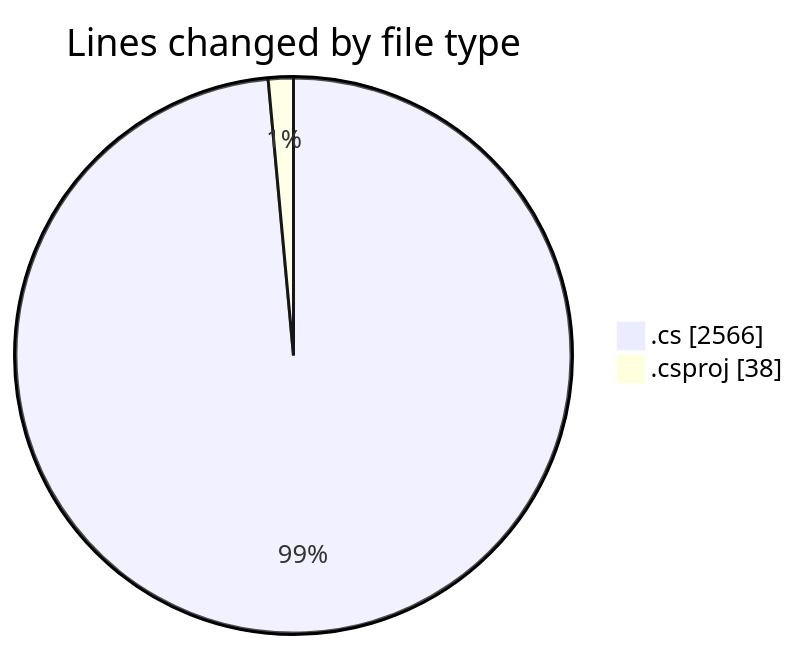
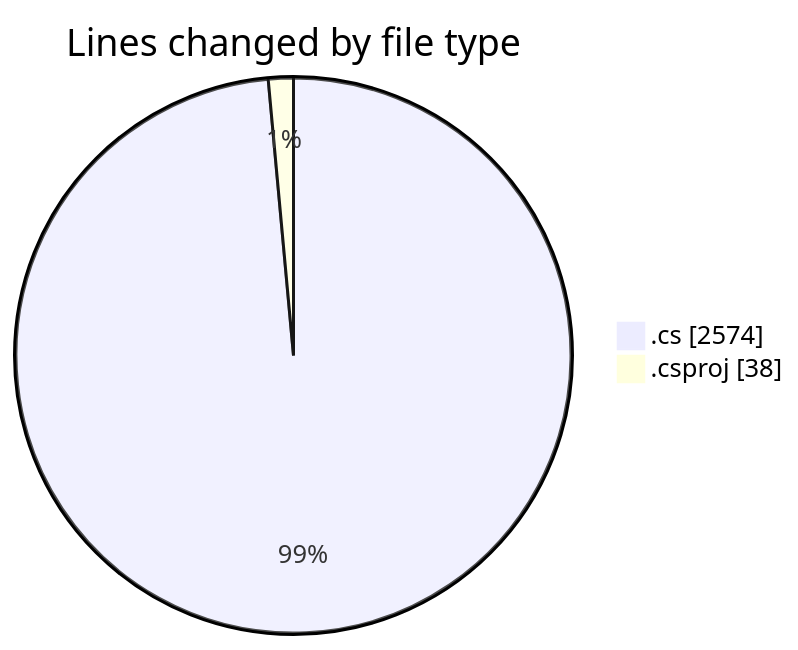
Before and after one commit to Netris89/code-tracking: the first of 2 diagrams in 2025-04-02/back-end/README.md, drawn with Mermaid. The commit also changed other lines of this file and 1 other file, not shown here.

````diff
--- a/2025-04-02/back-end/README.md
+++ b/2025-04-02/back-end/README.md
@@ -31,6 +31,6 @@
 ```mermaid
 pie showData
 title Lines changed by file type
-".cs" : 2566
+".cs" : 2574
 ".csproj" : 38
 ```
````
